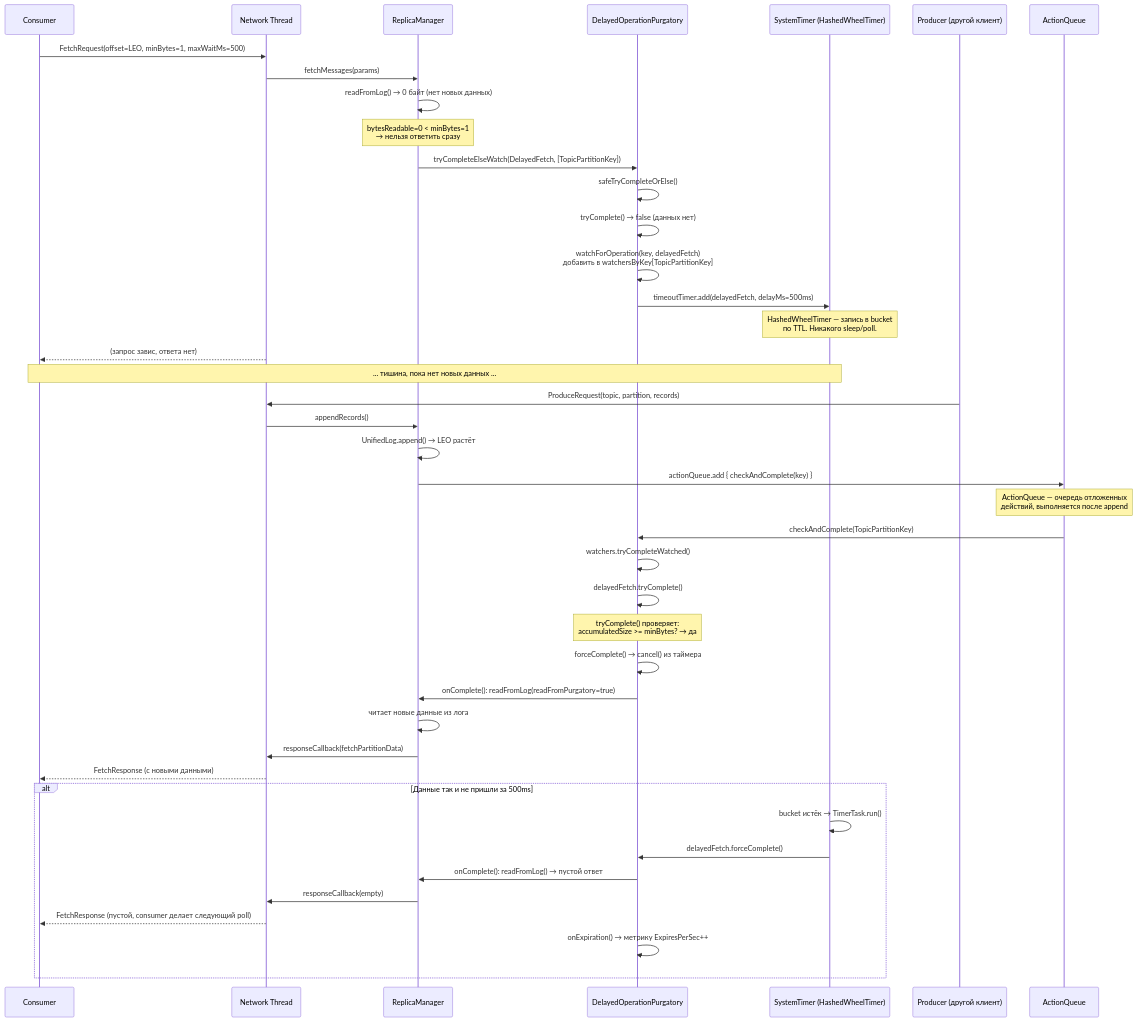
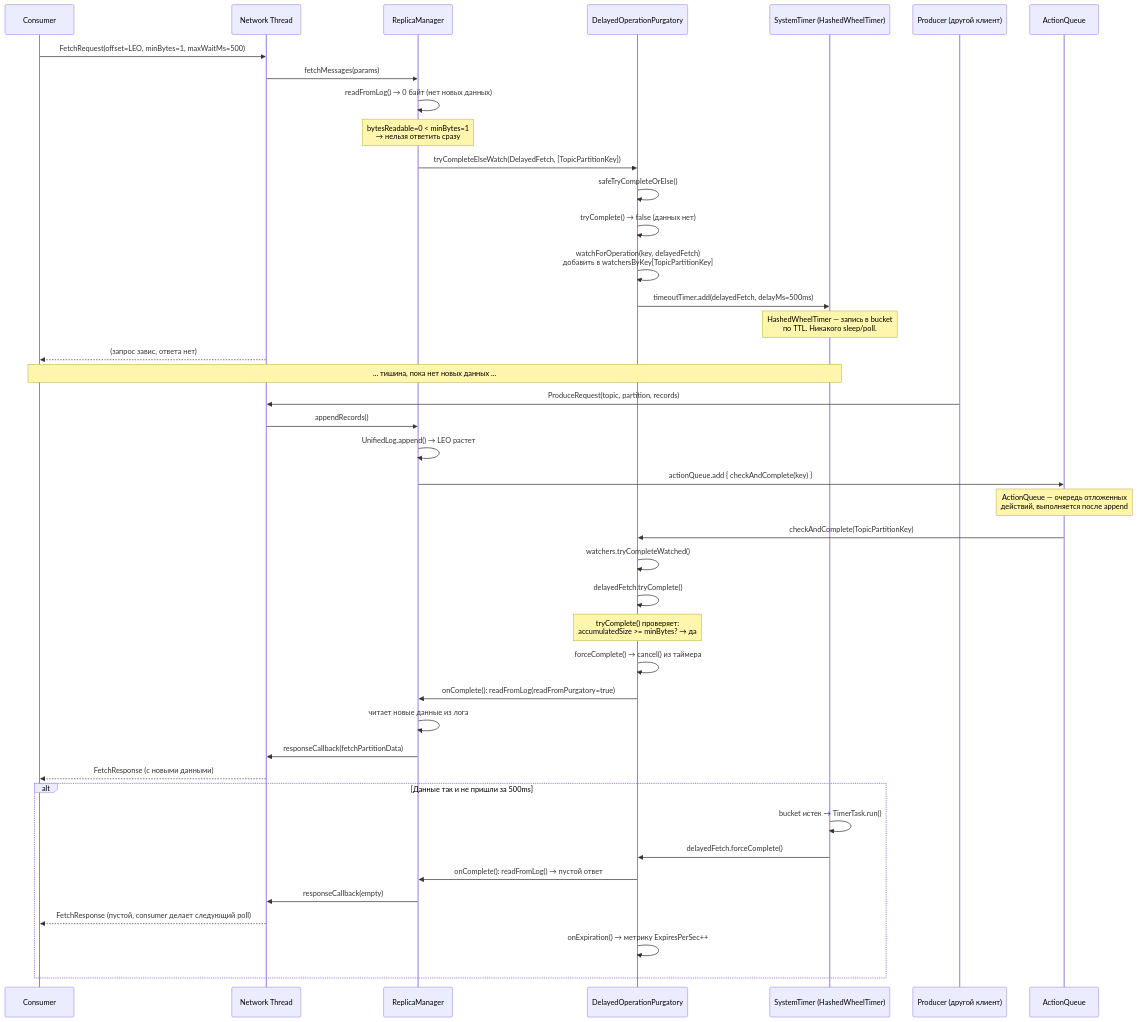
Before and after one commit to bunnymq/bunnymq: the third of 3 diagrams in docs/adr/0003-isr-flow.md, drawn with Mermaid. The commit also changed 69 other files, not shown here.

````diff
--- a/docs/adr/0003-isr-flow.md
+++ b/docs/adr/0003-isr-flow.md
@@ -107,51 +107,51 @@
 ```mermaid
 sequenceDiagram                                                                                                                                      
       participant C as Consumer                                                                                                                        
       participant NET as Network Thread                                                                                                                
       participant RM as ReplicaManager
       participant PG as DelayedOperationPurgatory                                                                                                      
       participant TM as SystemTimer (HashedWheelTimer)
       participant P as Producer (другой клиент)                                                                                                        
       participant AQ as ActionQueue
                                                                                                                                                        
       C->>NET: FetchRequest(offset=LEO, minBytes=1, maxWaitMs=500)                                                                                     
       NET->>RM: fetchMessages(params)                                                                                                                  
       RM->>RM: readFromLog() → 0 байт (нет новых данных)                                                                                               
                                                                                                                                                        
       Note over RM: bytesReadable=0 < minBytes=1<br/>→ нельзя ответить сразу                                                                           
                                                                                                                                                        
       RM->>PG: tryCompleteElseWatch(DelayedFetch, [TopicPartitionKey])                                                                                 
       PG->>PG: safeTryCompleteOrElse()
       PG->>PG: tryComplete() → false (данных нет)                                                                                                      
       PG->>PG: watchForOperation(key, delayedFetch)<br/>добавить в watchersByKey[TopicPartitionKey]                                                    
       PG->>TM: timeoutTimer.add(delayedFetch, delayMs=500ms)                                                                                           
       Note over TM: HashedWheelTimer — запись в bucket<br/>по TTL. Никакого sleep/poll.                                                                
       NET-->>C: (запрос завис, ответа нет)                                                                                                             
       Note over C,TM: ... тишина, пока нет новых данных ...                                                                                            
                                                                                                                                                        
       P->>NET: ProduceRequest(topic, partition, records)                                                                                               
       NET->>RM: appendRecords()                                                                                                                        
-      RM->>RM: UnifiedLog.append() → LEO растёт
+      RM->>RM: UnifiedLog.append() → LEO растет
       RM->>AQ: actionQueue.add { checkAndComplete(key) }                                                                                               
       Note over AQ: ActionQueue — очередь отложенных<br/>действий, выполняется после append                                                            
                                                                                                                                                        
       AQ->>PG: checkAndComplete(TopicPartitionKey)                                                                                                     
       PG->>PG: watchers.tryCompleteWatched()                                                                                                           
       PG->>PG: delayedFetch.tryComplete()                                                                                                              
                                                                                                                                                        
       Note over PG: tryComplete() проверяет:<br/>accumulatedSize >= minBytes? → да
       PG->>PG: forceComplete() → cancel() из таймера                                                                                                   
       PG->>RM: onComplete(): readFromLog(readFromPurgatory=true)
       RM->>RM: читает новые данные из лога                                                                                                             
       RM->>NET: responseCallback(fetchPartitionData)                                                                                                   
       NET-->>C: FetchResponse (с новыми данными)                                                                                                       
                                                                                                                                                        
       alt Данные так и не пришли за 500ms                                                                                                              
-          TM->>TM: bucket истёк → TimerTask.run()                                                                                                      
+          TM->>TM: bucket истек → TimerTask.run()                                                                                                      
           TM->>PG: delayedFetch.forceComplete()                                                                                                        
           PG->>RM: onComplete(): readFromLog() → пустой ответ                                                                                          
           RM->>NET: responseCallback(empty)                                                                                                            
           NET-->>C: FetchResponse (пустой, consumer делает следующий poll)                                                                             
           PG->>PG: onExpiration() → метрику ExpiresPerSec++                                                                                            
       end               
 ```
````
